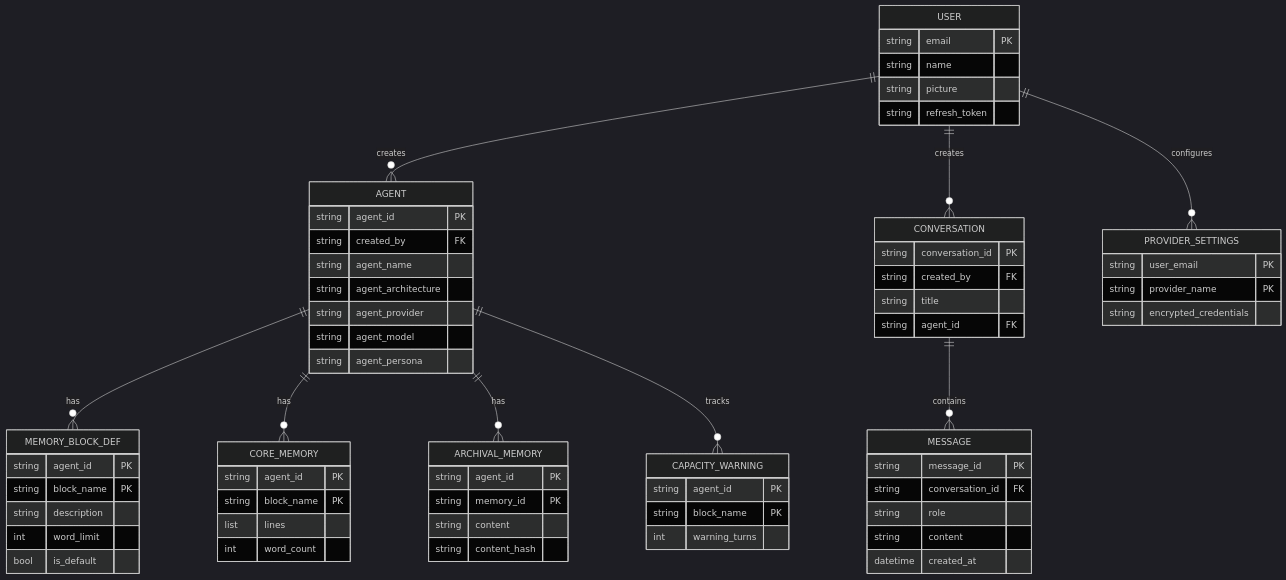
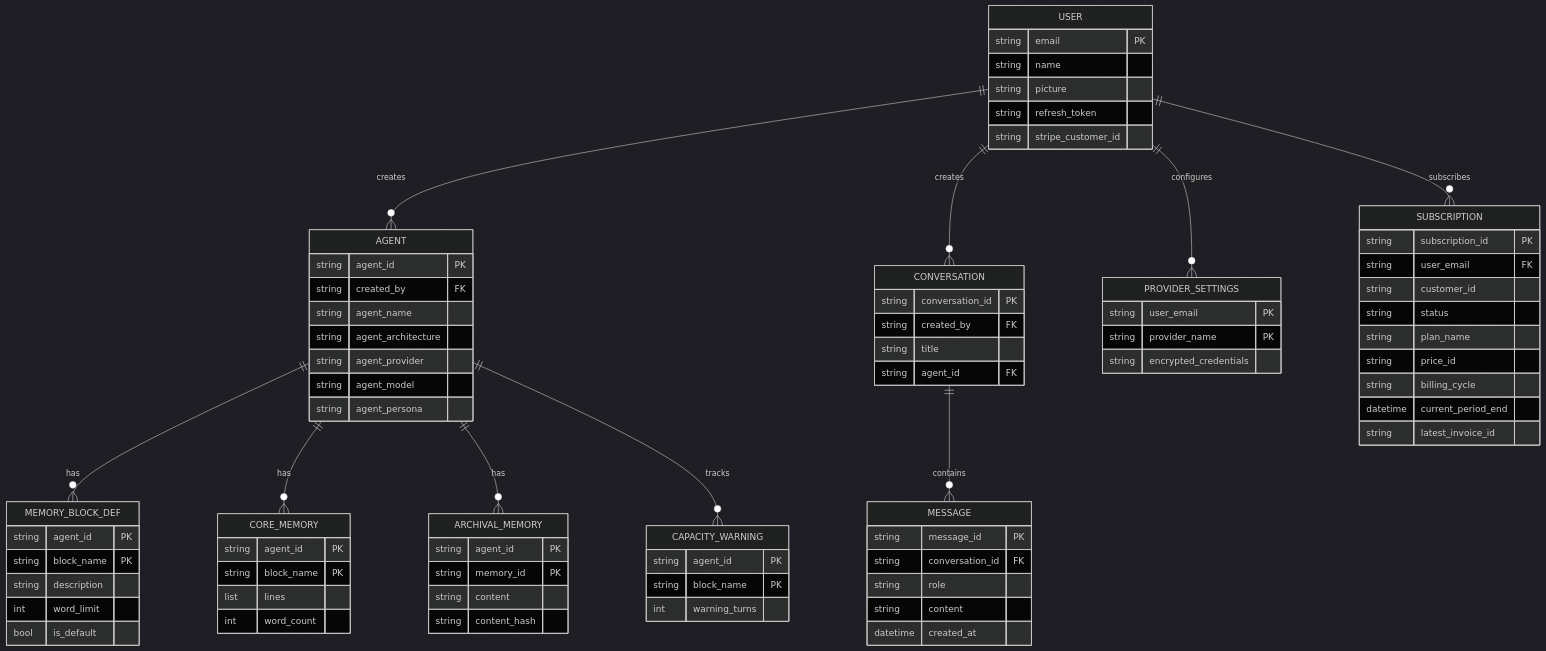
One commit to vslala/innomightlabs-dynamic-agent-builder changed the first of 2 diagrams in api/README.md. Above: the diagram before and after it, drawn with Mermaid (dark theme). The commit also changed other lines of this file and 13 other files, not shown here.

```diff
--- a/api/README.md
+++ b/api/README.md
@@ -85,6 +85,7 @@
     USER ||--o{ AGENT : creates
     USER ||--o{ CONVERSATION : creates
     USER ||--o{ PROVIDER_SETTINGS : configures
+    USER ||--o{ SUBSCRIPTION : subscribes
     AGENT ||--o{ MEMORY_BLOCK_DEF : has
     AGENT ||--o{ CORE_MEMORY : has
     AGENT ||--o{ ARCHIVAL_MEMORY : has
@@ -96,6 +97,7 @@
         string name
         string picture
         string refresh_token
+        string stripe_customer_id
     }
 
     AGENT {
@@ -112,6 +114,18 @@
         string user_email PK
         string provider_name PK
         string encrypted_credentials
+    }
+
+    SUBSCRIPTION {
+        string subscription_id PK
+        string user_email FK
+        string customer_id
+        string status
+        string plan_name
+        string price_id
+        string billing_cycle
+        datetime current_period_end
+        string latest_invoice_id
     }
 
     CONVERSATION {
```
